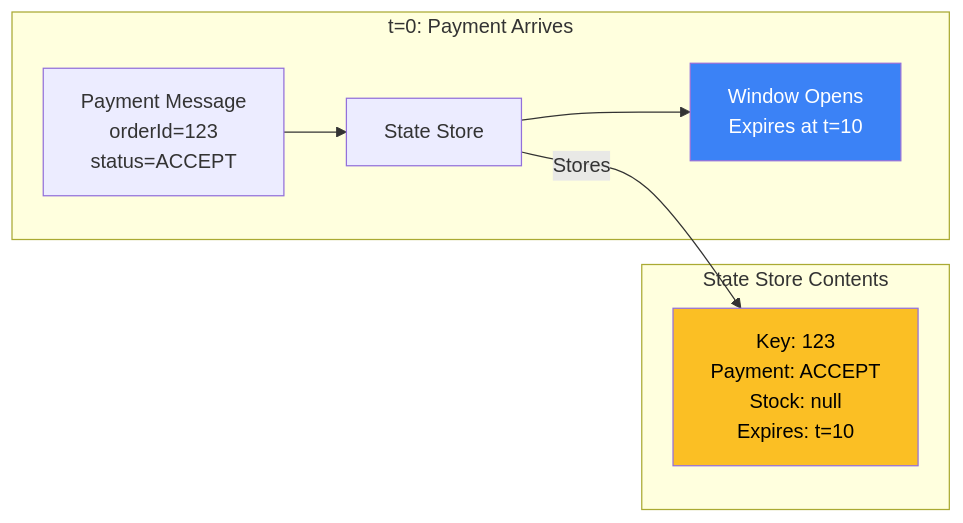
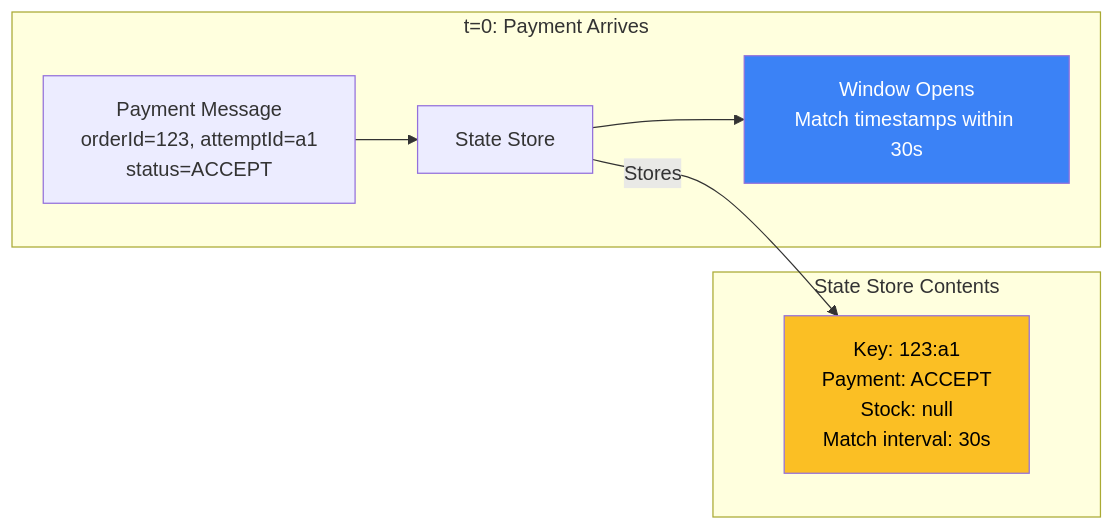
Before and after one commit to rajadilipkolli/spring-boot-microservices-series-v2: the fifth of 10 diagrams in order-service/docs/06-Saga-Confusion-Points-Clarified.md, drawn with Mermaid. The commit also changed other lines of this file and 51 other files, not shown here.

````diff
--- a/order-service/docs/06-Saga-Confusion-Points-Clarified.md
+++ b/order-service/docs/06-Saga-Confusion-Points-Clarified.md
@@ -306,14 +275,14 @@
 ```mermaid
 graph LR
     subgraph "t=0: Payment Arrives"
-        P1[Payment Message<br/>orderId=123<br/>status=ACCEPT] --> SS1[State Store]
-        SS1 --> W1[Window Opens<br/>Expires at t=10]
+        P1[Payment Message<br/>orderId=123, attemptId=a1<br/>status=ACCEPT] --> SS1[State Store]
+        SS1 --> W1[Window Opens<br/>Match timestamps within 30s]
     end
     
     subgraph "State Store Contents"
-        SS1 --> |"Stores"| D1["Key: 123<br/>Payment: ACCEPT<br/>Stock: null<br/>Expires: t=10"]
+        SS1 --> |"Stores"| D1["Key: 123:a1<br/>Payment: ACCEPT<br/>Stock: null<br/>Match interval: 30s"]
     end
     
     style W1 fill:#3b82f6,color:#ffffff
     style D1 fill:#fbbf24,color:#000000
 ```
````
